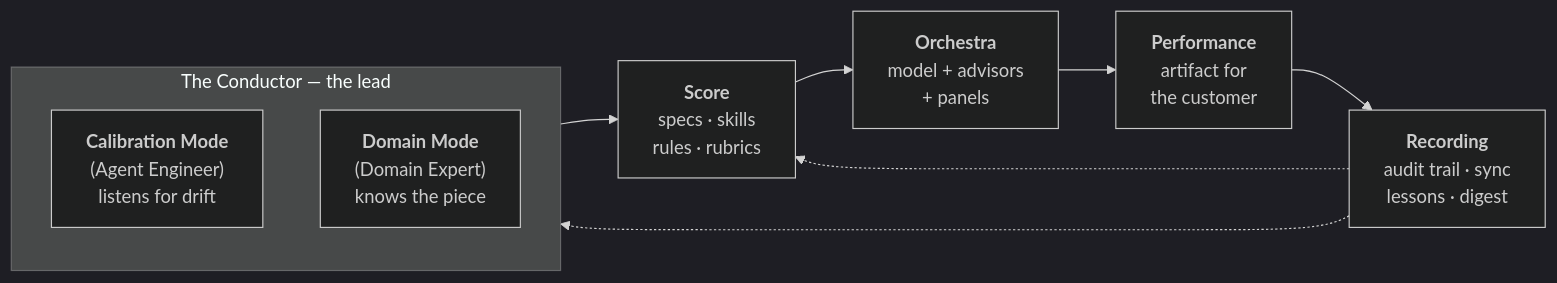
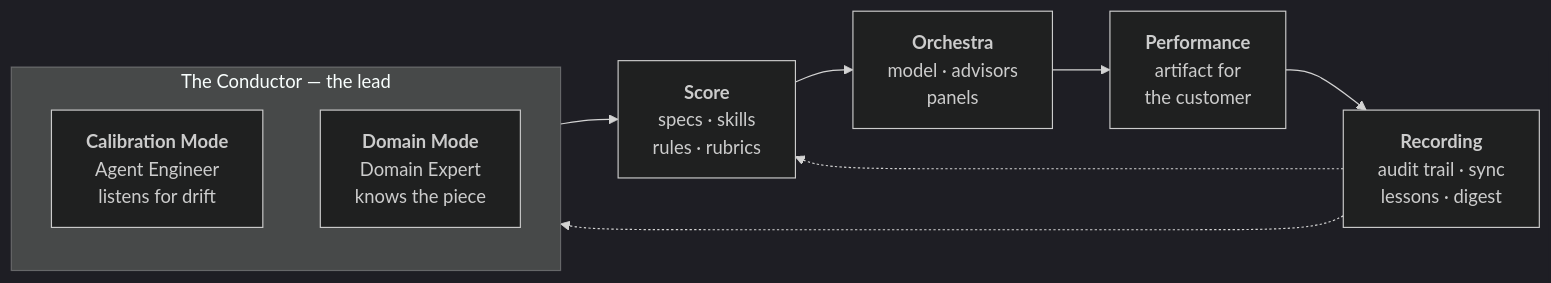
One commit to issamjadar-eng/PDLC_DEMO changed the third of 4 diagrams in agent-engineering-whitepaper.md. Above: the diagram before and after it, drawn with Mermaid (dark theme). The commit also changed 2 other files, not shown here.

First paragraph of the commit message:
task ben/034: fix Conductor cluster bounds (mermaid 8.x compatible) + descender clip
Two Conductor-related fixes after self-testing the rendered PDF:

````diff
--- a/agent-engineering-whitepaper.md
+++ b/agent-engineering-whitepaper.md
@@ -1066,19 +1066,18 @@
 ```mermaid
 flowchart LR
     subgraph CONDUCTOR["The Conductor — the lead"]
-      direction TB
-      EM["<b>Calibration Mode</b><br/>(Agent Engineer)<br/>listens for drift"]
-      DM["<b>Domain Mode</b><br/>(Domain Expert)<br/>knows the piece"]
+      EM["<b>Calibration Mode</b><br/>Agent Engineer<br/>listens for drift"]
+      DM["<b>Domain Mode</b><br/>Domain Expert<br/>knows the piece"]
     end
     SCORE["<b>Score</b><br/>specs · skills<br/>rules · rubrics"]
-    ORCH["<b>Orchestra</b><br/>model + advisors<br/>+ panels"]
+    ORCH["<b>Orchestra</b><br/>model · advisors<br/>panels"]
     PERF["<b>Performance</b><br/>artifact for<br/>the customer"]
     REC["<b>Recording</b><br/>audit trail · sync<br/>lessons · digest"]
 
     CONDUCTOR --> SCORE
     SCORE --> ORCH
     ORCH --> PERF
     PERF --> REC
     REC -.-> SCORE
     REC -.-> CONDUCTOR
 ```
````
